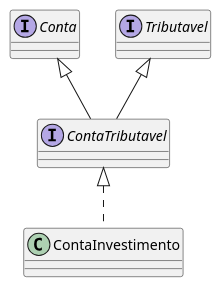
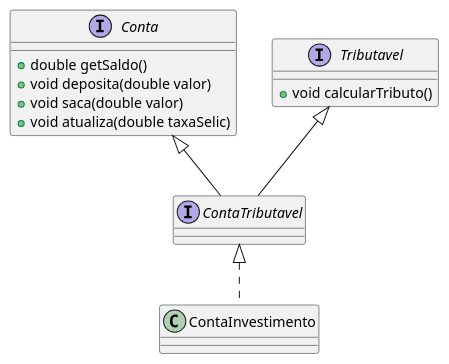
Before and after one commit to 20252-ifba-saj-ads-poo/blog: the sixth of 6 diagrams in src/posts/18_abstratas_interface.md, drawn with PlantUML. The commit also changed other lines of this file and 5 other files, not shown here.

````diff
--- a/src/posts/18_abstratas_interface.md
+++ b/src/posts/18_abstratas_interface.md
@@ -607,8 +608,15 @@
 ```plantuml
 @startuml
-interface Conta
-interface  Tributavel
+interface Conta{
+    + double getSaldo()
+    + void deposita(double valor)
+    + void saca(double valor)
+    + void atualiza(double taxaSelic)
+}
+interface  Tributavel{
+    + void calcularTributo()
+}
 interface ContaTributavel extends Conta, Tributavel
 class ContaInvestimento implements ContaTributavel
 @enduml
 ```
````
